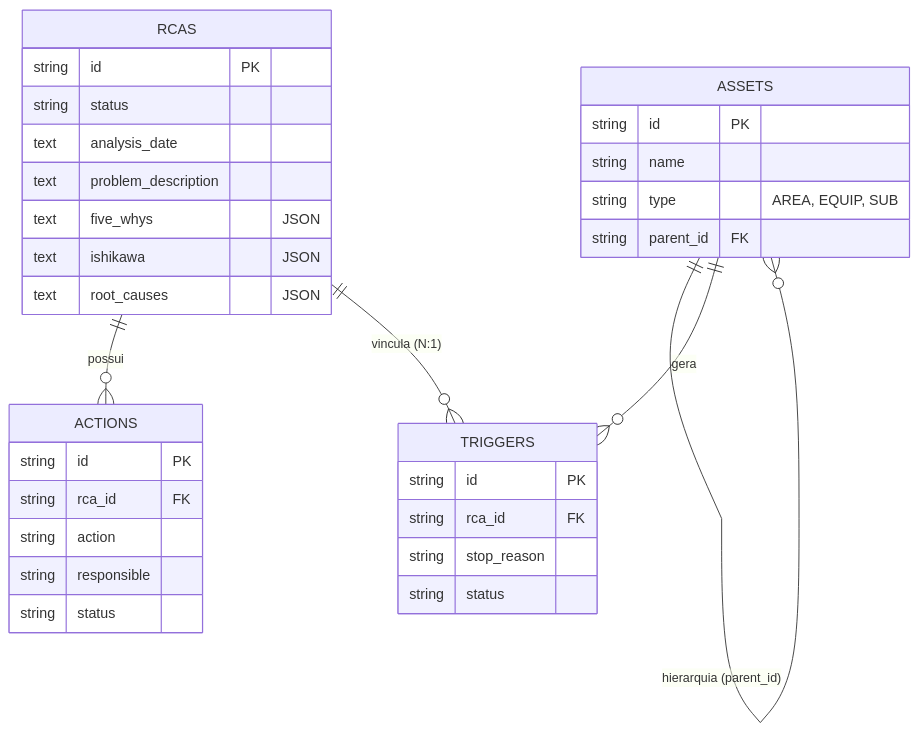
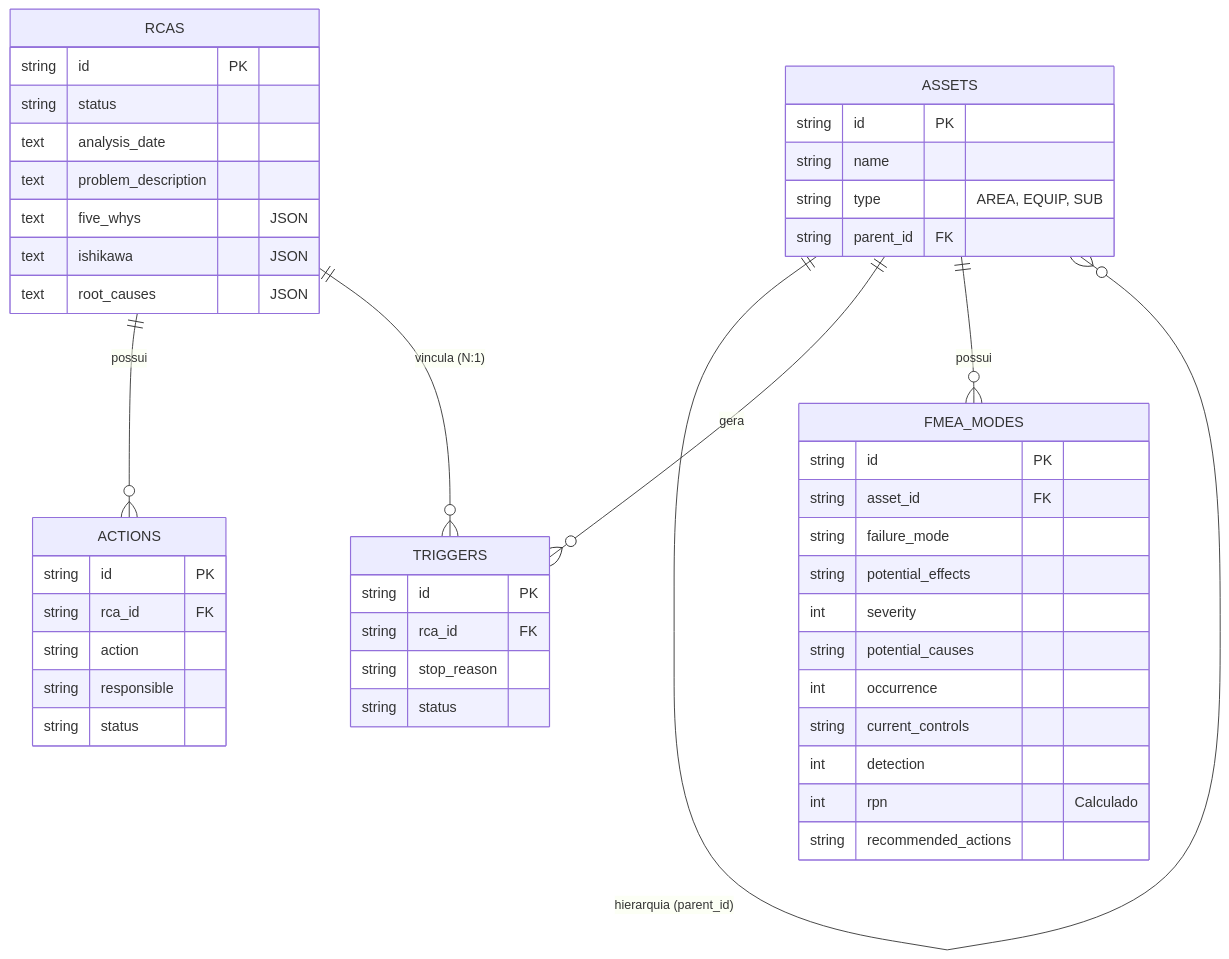
One commit to GuimaraesL/RCA-System changed the diagram in docs/database/MODELO_DADOS.md. Above: the diagram before and after it, drawn with Mermaid. The commit also changed other lines of this file and 15 other files, not shown here.

````diff
--- a/docs/database/MODELO_DADOS.md
+++ b/docs/database/MODELO_DADOS.md
@@ -13,39 +13,54 @@
 ```mermaid
 erDiagram
     ASSETS ||--o{ ASSETS : "hierarquia (parent_id)"
     ASSETS ||--o{ TRIGGERS : "gera"
+    ASSETS ||--o{ FMEA_MODES : "possui"
     RCAS ||--o{ ACTIONS : "possui"
     RCAS ||--o{ TRIGGERS : "vincula (N:1)"
     
     RCAS {
         string id PK
         string status
         text analysis_date
         text problem_description
         text five_whys "JSON"
         text ishikawa "JSON"
         text root_causes "JSON"
     }
 
     ACTIONS {
         string id PK
         string rca_id FK
         string action
         string responsible
         string status
     }
 
     TRIGGERS {
         string id PK
         string rca_id FK
         string stop_reason
         string status
     }
 
     ASSETS {
         string id PK
         string name
         string type "AREA, EQUIP, SUB"
         string parent_id FK
     }
+
+    FMEA_MODES {
+        string id PK
+        string asset_id FK
+        string failure_mode
+        string potential_effects
+        int severity
+        string potential_causes
+        int occurrence
+        string current_controls
+        int detection
+        int rpn "Calculado"
+        string recommended_actions
+    }
 ```
````
